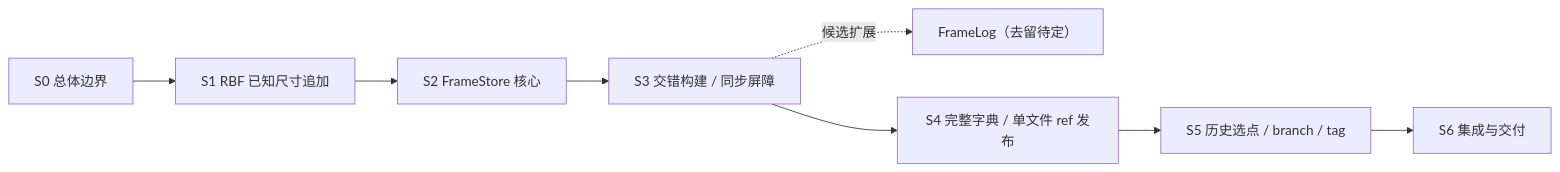
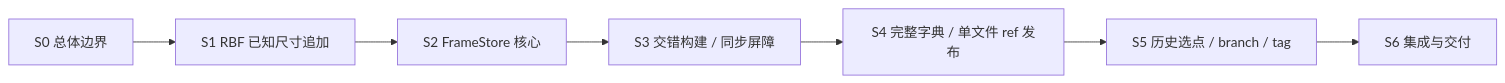
One commit to Atelia-org/atelia-storage changed the diagram in docs/FrameStore-VersionStore/README.md. Above: the diagram before and after it, drawn with Mermaid. The commit also changed other lines of this file and 4 other files, not shown here.

Commit message:
docs(storage): exclude FrameLog from MVP design set

````diff
--- a/docs/FrameStore-VersionStore/README.md
+++ b/docs/FrameStore-VersionStore/README.md
@@ -58,10 +58,9 @@
 ```mermaid
 flowchart LR
     S0["S0 总体边界"] --> S1["S1 RBF 已知尺寸追加"]
     S1 --> S2["S2 FrameStore 核心"]
     S2 --> S3["S3 交错构建 / 同步屏障"]
-    S3 -. 候选扩展 .-> LOG["FrameLog（去留待定）"]
     S3 --> S4["S4 完整字典 / 单文件 ref 发布"]
     S4 --> S5["S5 历史选点 / branch / tag"]
     S5 --> S6["S6 集成与交付"]
 ```
````
